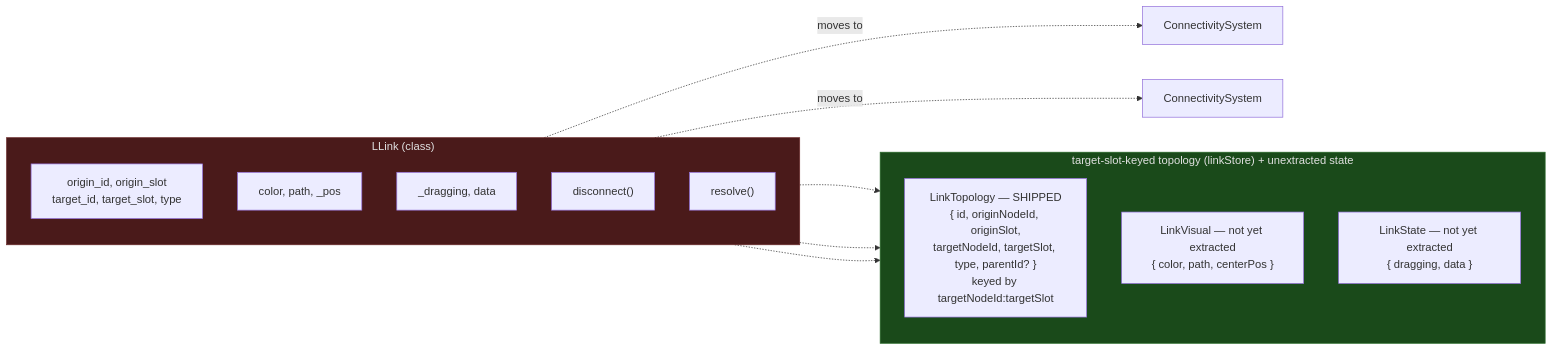
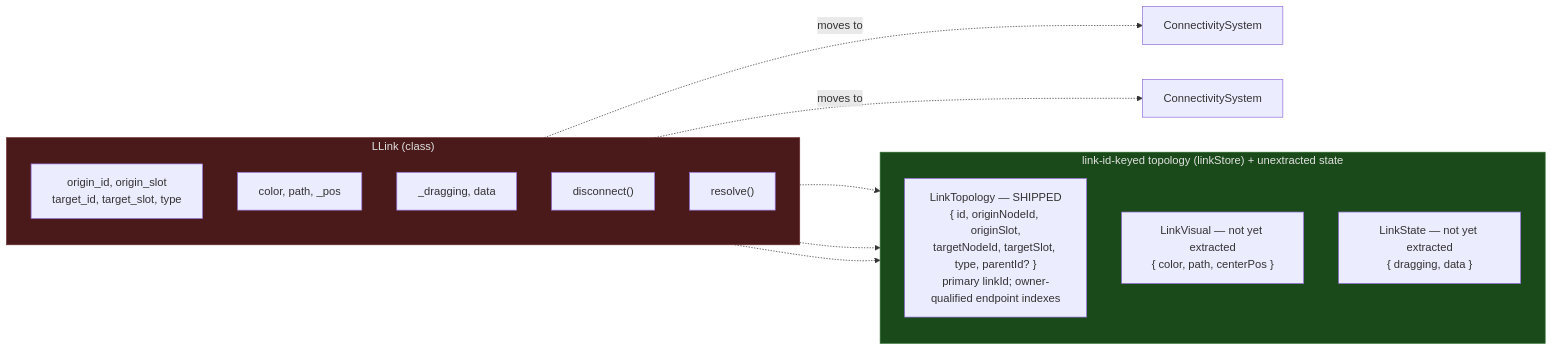
One commit to Comfy-Org/ComfyUI_frontend changed the fourth of 12 diagrams in docs/architecture/ecs-target-architecture.md. Above: the diagram before and after it, drawn with Mermaid. The commit also changed other lines of this file and 10 other files, not shown here.

````diff
--- a/docs/architecture/ecs-target-architecture.md
+++ b/docs/architecture/ecs-target-architecture.md
@@ -184,33 +185,33 @@
 ```mermaid
 graph LR
     subgraph Before["LLink (class)"]
         direction TB
         B1["origin_id, origin_slot
 target_id, target_slot, type"]
         B2["color, path, _pos"]
         B3["_dragging, data"]
         B4["disconnect()"]
         B5["resolve()"]
     end
 
-    subgraph After["target-slot-keyed topology (linkStore) + unextracted state"]
+    subgraph After["link-id-keyed topology (linkStore) + unextracted state"]
         direction TB
         A1["LinkTopology — SHIPPED
 { id, originNodeId, originSlot,
 targetNodeId, targetSlot, type, parentId? }
-keyed by targetNodeId:targetSlot"]
+primary linkId; owner-qualified endpoint indexes"]
         A2["LinkVisual — not yet extracted
 { color, path, centerPos }"]
         A3["LinkState — not yet extracted
 { dragging, data }"]
     end
 
     B1 -.-> A1
     B2 -.-> A2
     B3 -.-> A3
     B4 -.->|"moves to"| SYS1["ConnectivitySystem"]
     B5 -.->|"moves to"| SYS2["ConnectivitySystem"]
 
     style Before fill:#4a1a1a,stroke:#6a2a2a,color:#e0e0e0
     style After fill:#1a4a1a,stroke:#2a6a2a,color:#e0e0e0
 ```
````
